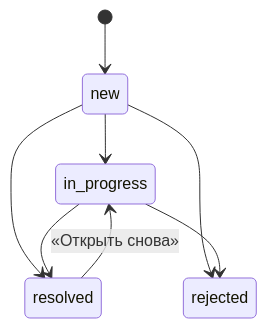
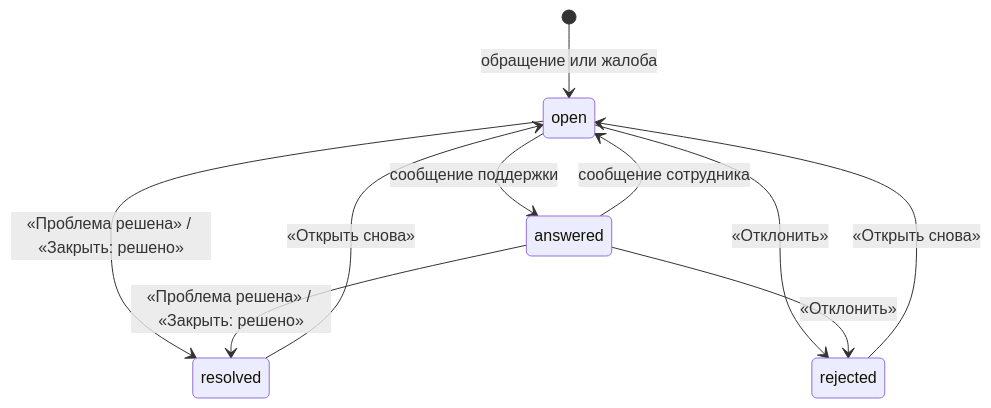
The second of 2 diagrams in docs/specs/[20.11.2026]-feedback-and-value.md (nyxandro/basic-business-agent), drawn with Mermaid before and after one commit. The commit also changed other lines of this file and 35 other files, not shown here.

First line of the commit message:
#38: обращение — переписка сотрудника и поддержки (тикет): сообщения с файлами, состояние по тому, кто писал последним, «Проблема решена» закрывает для обеих сторон, мгновенное обновление экранов

````diff
--- a/docs/specs/[20.11.2026]-feedback-and-value.md
+++ b/docs/specs/[20.11.2026]-feedback-and-value.md
@@ -385,10 +389,12 @@
 ```mermaid
 stateDiagram-v2
-  [*] --> new
-  new --> in_progress
-  new --> resolved
-  new --> rejected
-  in_progress --> resolved
-  in_progress --> rejected
-  resolved --> in_progress: «Открыть снова»
+  [*] --> open: обращение или жалоба
+  open --> answered: сообщение поддержки
+  answered --> open: сообщение сотрудника
+  open --> resolved: «Проблема решена» / «Закрыть: решено»
+  answered --> resolved: «Проблема решена» / «Закрыть: решено»
+  open --> rejected: «Отклонить»
+  answered --> rejected: «Отклонить»
+  resolved --> open: «Открыть снова»
+  rejected --> open: «Открыть снова»
 ```
````
